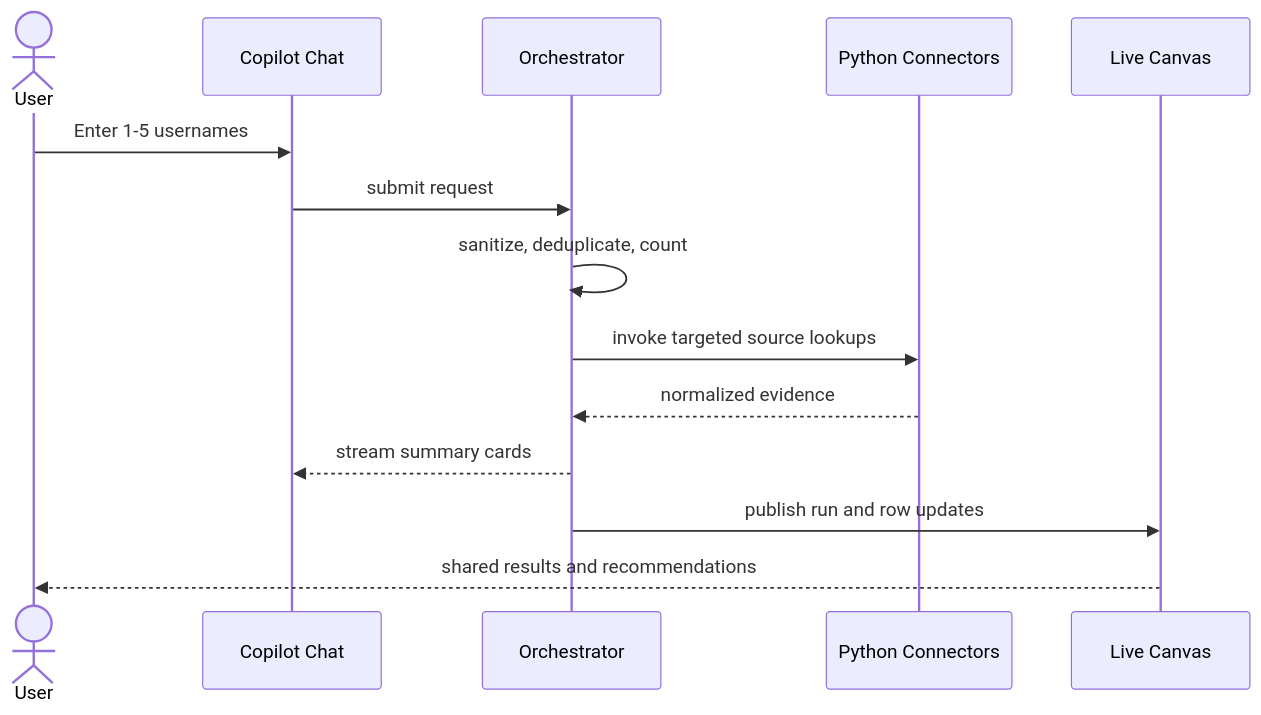
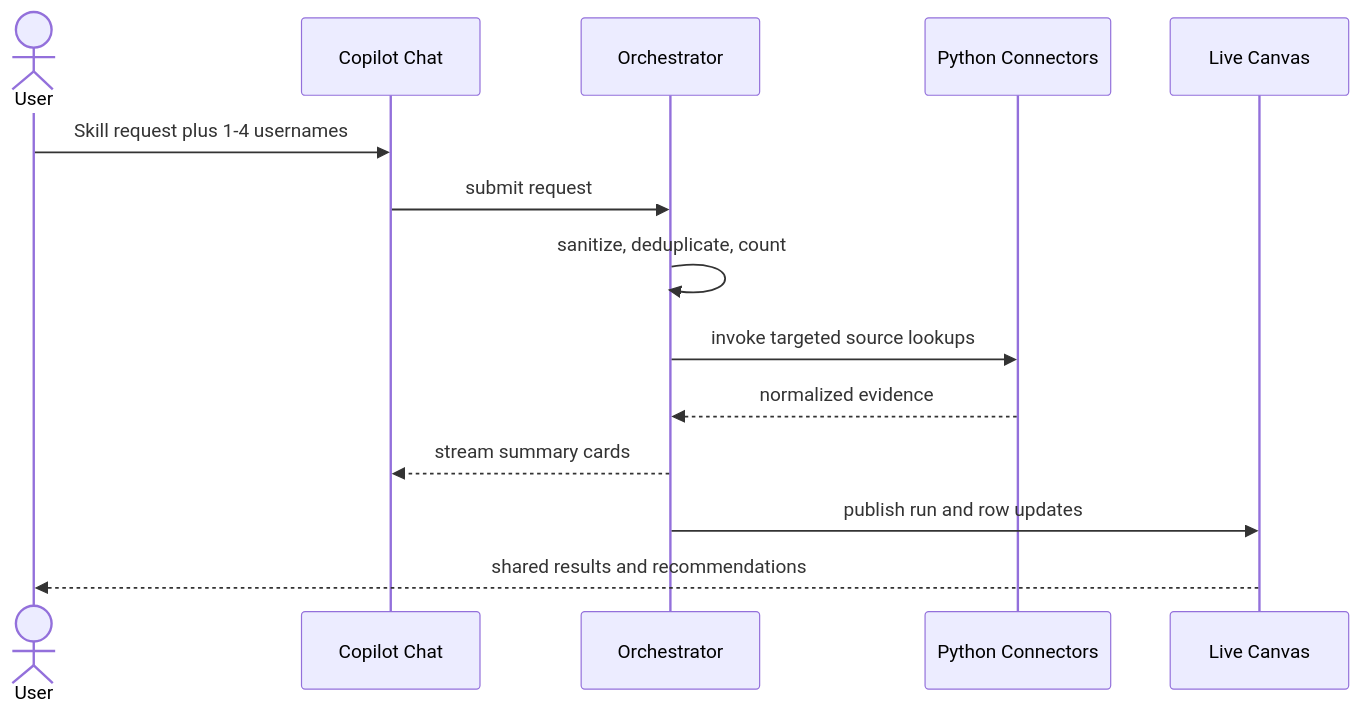
One commit to TheNickSanchez/fleet-recon changed the first of 3 diagrams in project-context/1.define/prd.md. Above: the diagram before and after it, drawn with Mermaid. The commit also changed other lines of this file and 8 other files, not shown here.

First line of the commit message:
Specify lookup-user-devices as asset-ops scripts plus a chat CSV card (#2)

````diff
--- a/project-context/1.define/prd.md
+++ b/project-context/1.define/prd.md
@@ -43,16 +42,16 @@
 ```mermaid
 sequenceDiagram
   actor User
   participant Chat as Copilot Chat
   participant Orchestrator
   participant Connectors as Python Connectors
   participant Canvas as Live Canvas
-  User->>Chat: Enter 1-5 usernames
+  User->>Chat: Skill request plus 1-4 usernames
   Chat->>Orchestrator: submit request
   Orchestrator->>Orchestrator: sanitize, deduplicate, count
   Orchestrator->>Connectors: invoke targeted source lookups
   Connectors-->>Orchestrator: normalized evidence
   Orchestrator-->>Chat: stream summary cards
   Orchestrator->>Canvas: publish run and row updates
   Canvas-->>User: shared results and recommendations
 ```
````
